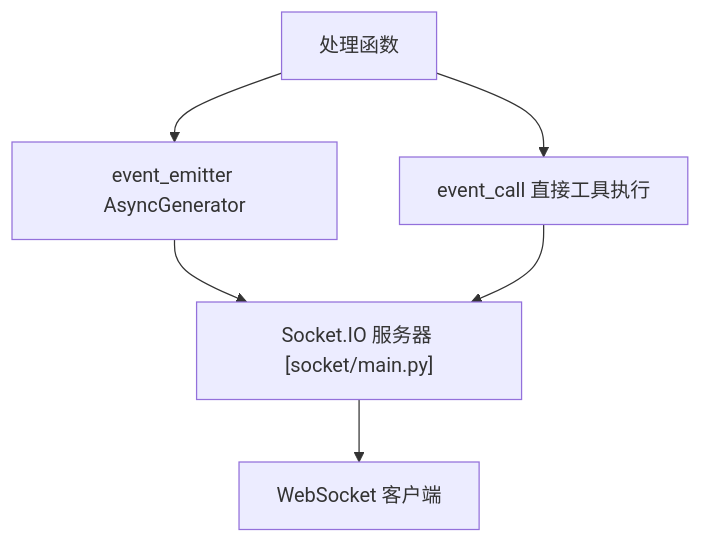
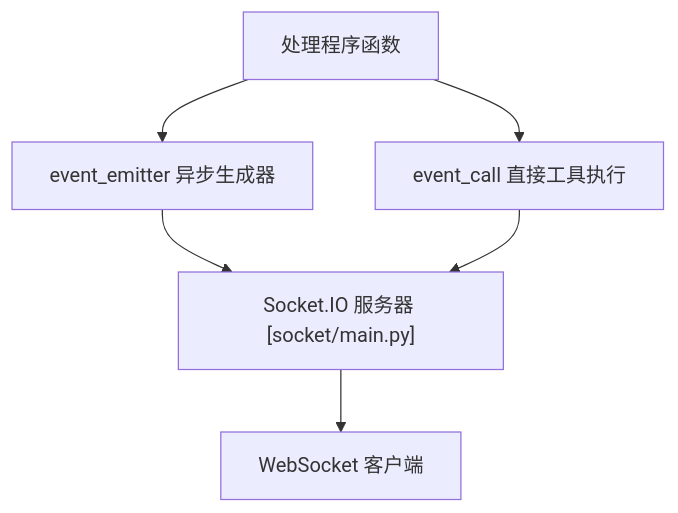
Before and after one commit to Chesszyh/Wiki: the second of 10 diagrams in tests/open-webui_deepwiki/zh/6-backend-processing-pipeline.md, drawn with Mermaid. The commit also changed other lines of this file and 234 other files, not shown here.

````diff
--- a/tests/open-webui_deepwiki/zh/6-backend-processing-pipeline.md
+++ b/tests/open-webui_deepwiki/zh/6-backend-processing-pipeline.md
@@ -97,14 +97,14 @@
 ```mermaid
 flowchart TD
-    Handler["处理函数"]
-    EventEmitter["event_emitter AsyncGenerator"]
+    Handler["处理程序函数"]
+    EventEmitter["event_emitter 异步生成器"]
     EventCaller["event_call 直接工具执行"]
     SocketIO["Socket.IO 服务器 [socket/main.py]"]
     Client["WebSocket 客户端"]
 
     Handler --> EventEmitter
     Handler --> EventCaller
     EventEmitter --> SocketIO
     EventCaller --> SocketIO
     SocketIO --> Client
 ```
````
